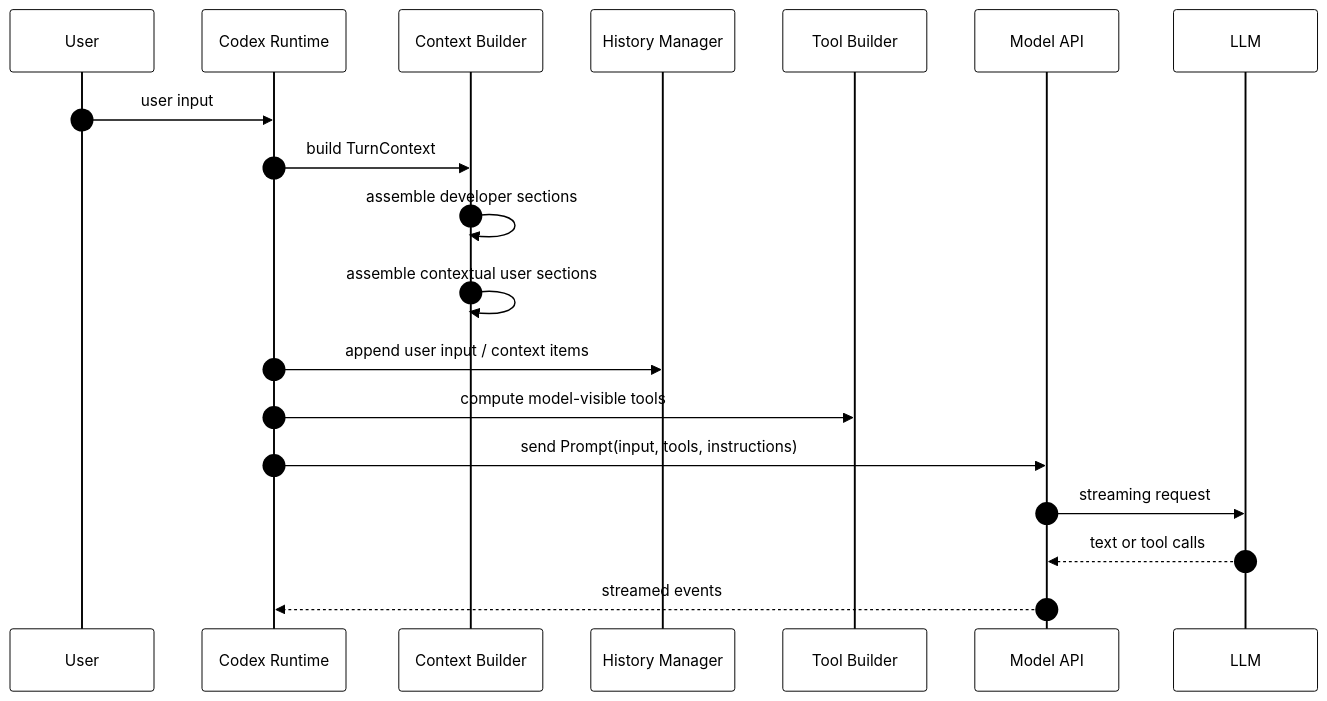
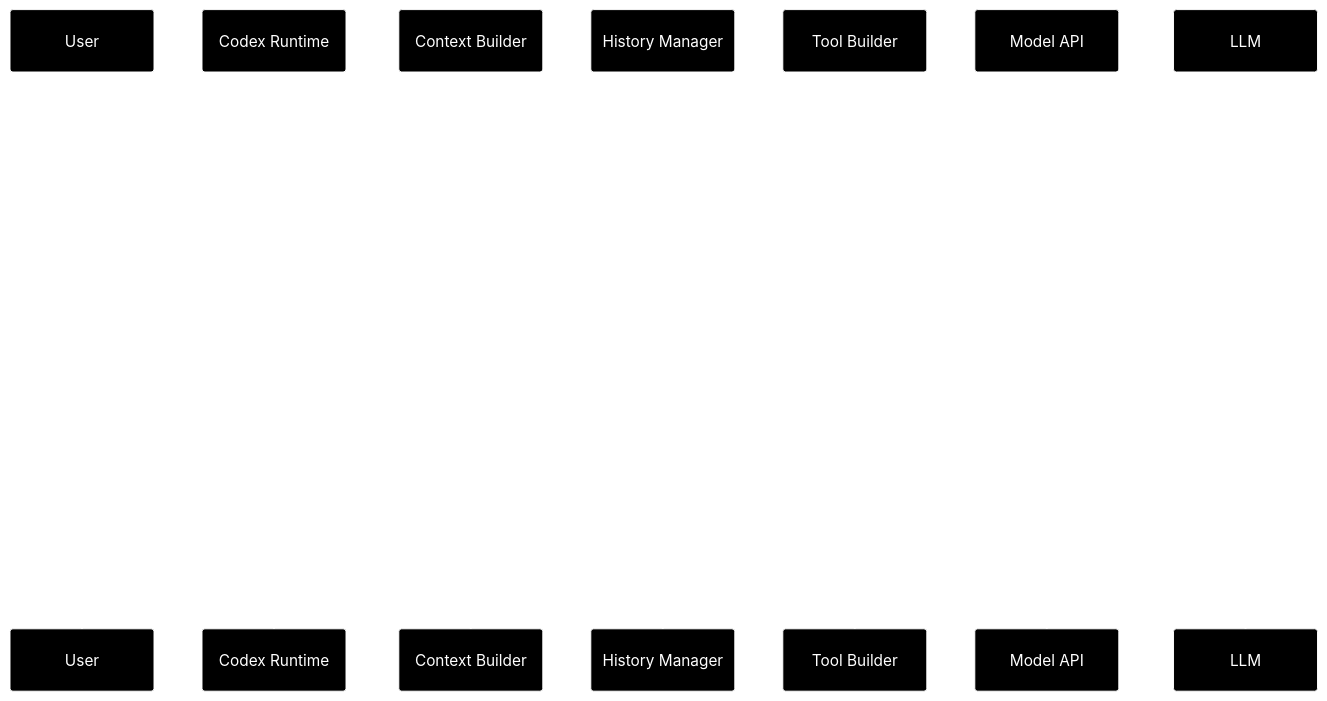
The first of 2 diagrams in agentic_workflow/codex_agentic_workflow/codex_prompt_assembly_deep_dive.md (inputhacker/KnowledgeBase), drawn with Mermaid before and after one commit. The commit also changed other lines of this file and 1 other file, not shown here.

Commit message:
docs: use high-contrast mermaid theme for Codex workflow

````diff
--- a/agentic_workflow/codex_agentic_workflow/codex_prompt_assembly_deep_dive.md
+++ b/agentic_workflow/codex_agentic_workflow/codex_prompt_assembly_deep_dive.md
@@ -104,23 +104,23 @@
 ```mermaid
-%%{init: {"theme":"base","themeVariables":{"primaryColor":"#ffffff","primaryTextColor":"#000000","primaryBorderColor":"#000000","lineColor":"#000000","secondaryColor":"#ffffff","tertiaryColor":"#ffffff","actorBorder":"#000000","actorBkg":"#ffffff","actorTextColor":"#000000","actorLineColor":"#000000","signalColor":"#000000","signalTextColor":"#000000","labelBoxBkgColor":"#ffffff","labelBoxBorderColor":"#000000","labelTextColor":"#000000","noteBkgColor":"#ffffff","noteBorderColor":"#000000","noteTextColor":"#000000","sequenceNumberColor":"#000000"}}}%%
+%%{init: {"theme":"base","themeVariables":{"background":"#000000","primaryColor":"#000000","primaryTextColor":"#ffffff","primaryBorderColor":"#ffffff","lineColor":"#ffffff","secondaryColor":"#000000","secondaryTextColor":"#ffffff","secondaryBorderColor":"#ffffff","tertiaryColor":"#000000","tertiaryTextColor":"#ffffff","tertiaryBorderColor":"#ffffff","actorBorder":"#ffffff","actorBkg":"#000000","actorTextColor":"#ffffff","actorLineColor":"#ffffff","signalColor":"#ffffff","signalTextColor":"#ffffff","labelBoxBkgColor":"#000000","labelBoxBorderColor":"#ffffff","labelTextColor":"#ffffff","noteBkgColor":"#000000","noteBorderColor":"#ffffff","noteTextColor":"#ffffff","sequenceNumberColor":"#ffffff"}}}%%
 sequenceDiagram
     autonumber
     participant User as User
     participant Codex as Codex Runtime
     participant Ctx as Context Builder
     participant Hist as History Manager
     participant Tool as Tool Builder
     participant API as Model API
     participant LLM as LLM
 
     User->>Codex: user input
     Codex->>Ctx: build TurnContext
     Ctx->>Ctx: assemble developer sections
     Ctx->>Ctx: assemble contextual user sections
     Codex->>Hist: append user input / context items
     Codex->>Tool: compute model-visible tools
     Codex->>API: send Prompt(input, tools, instructions)
     API->>LLM: streaming request
     LLM-->>API: text or tool calls
     API-->>Codex: streamed events
 ```
````
